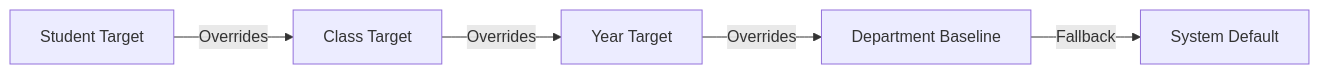
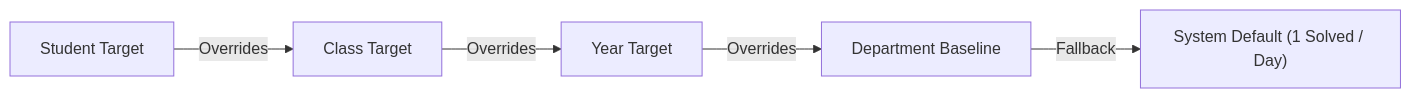
The third of 3 diagrams in README.md (TK4743/taskmanager), drawn with Mermaid before and after one commit. The commit also changed other lines of this file and 1 other file, not shown here.

Commit message:
docs: update README.md and FEATURE_COMPARISON.md with latest architecture and features

````diff
--- a/README.md
+++ b/README.md
@@ -87,7 +97,7 @@
 ```mermaid
 flowchart LR
     S["Student Target"] -->|Overrides| C["Class Target"]
     C -->|Overrides| Y["Year Target"]
     Y -->|Overrides| D["Department Baseline"]
-    D -->|Fallback| G["System Default"]
+    D -->|Fallback| G["System Default (1 Solved / Day)"]
 ```
````
